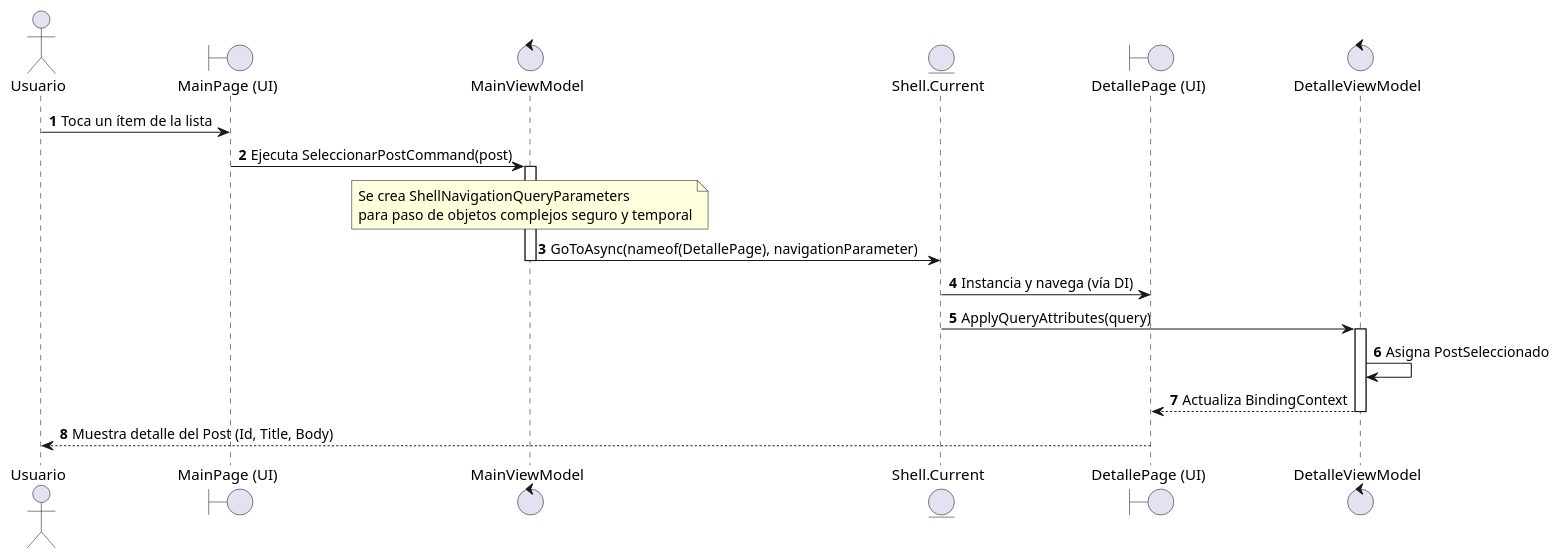
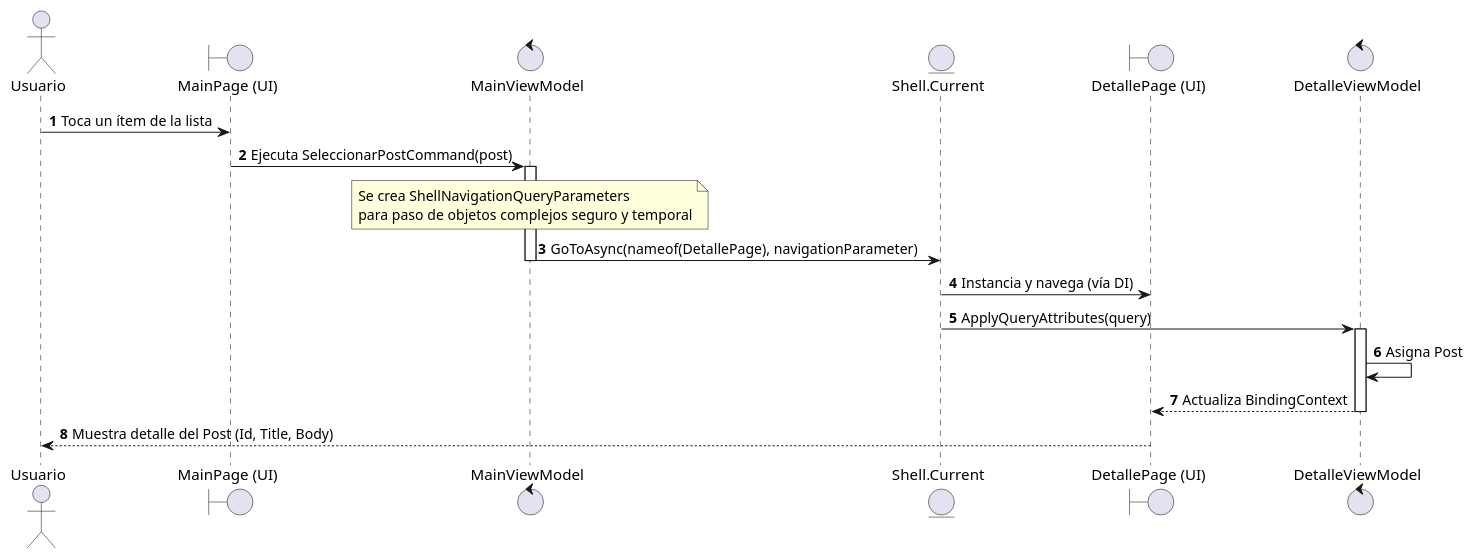
One commit to fioremos/UCES-DAMII-DevPosts-KalapujMosca changed the diagram in docs/navegacion_secuencia.puml. Above: the diagram before and after it, drawn with PlantUML. The commit also changed 5 other files, not shown here.

Commit message:
docs: actualizar README y arquitectura explicada con diagramas PlantUML sincronizados al Toolkit

```diff
--- a/docs/navegacion_secuencia.puml
+++ b/docs/navegacion_secuencia.puml
@@ -1,30 +1,30 @@
 @startuml flujo_navegacion_parametros
 autonumber
 actor Usuario
 boundary MainPage as "MainPage (UI)"
 control MainViewModel as "MainViewModel"
 entity Shell as "Shell.Current"
 boundary DetallePage as "DetallePage (UI)"
 control DetalleViewModel as "DetalleViewModel"
 
 Usuario -> MainPage : Toca un ítem de la lista
 MainPage -> MainViewModel : Ejecuta SeleccionarPostCommand(post)
 activate MainViewModel
 
 note over MainViewModel
   Se crea ShellNavigationQueryParameters
   para paso de objetos complejos seguro y temporal
 end note
 
 MainViewModel -> Shell : GoToAsync(nameof(DetallePage), navigationParameter)
 deactivate MainViewModel
 
 Shell -> DetallePage : Instancia y navega (vía DI)
 Shell -> DetalleViewModel : ApplyQueryAttributes(query)
 activate DetalleViewModel
-DetalleViewModel -> DetalleViewModel : Asigna PostSeleccionado
+DetalleViewModel -> DetalleViewModel : Asigna Post
 DetalleViewModel --> DetallePage : Actualiza BindingContext
 deactivate DetalleViewModel
 
 DetallePage --> Usuario : Muestra detalle del Post (Id, Title, Body)
 @enduml
```
